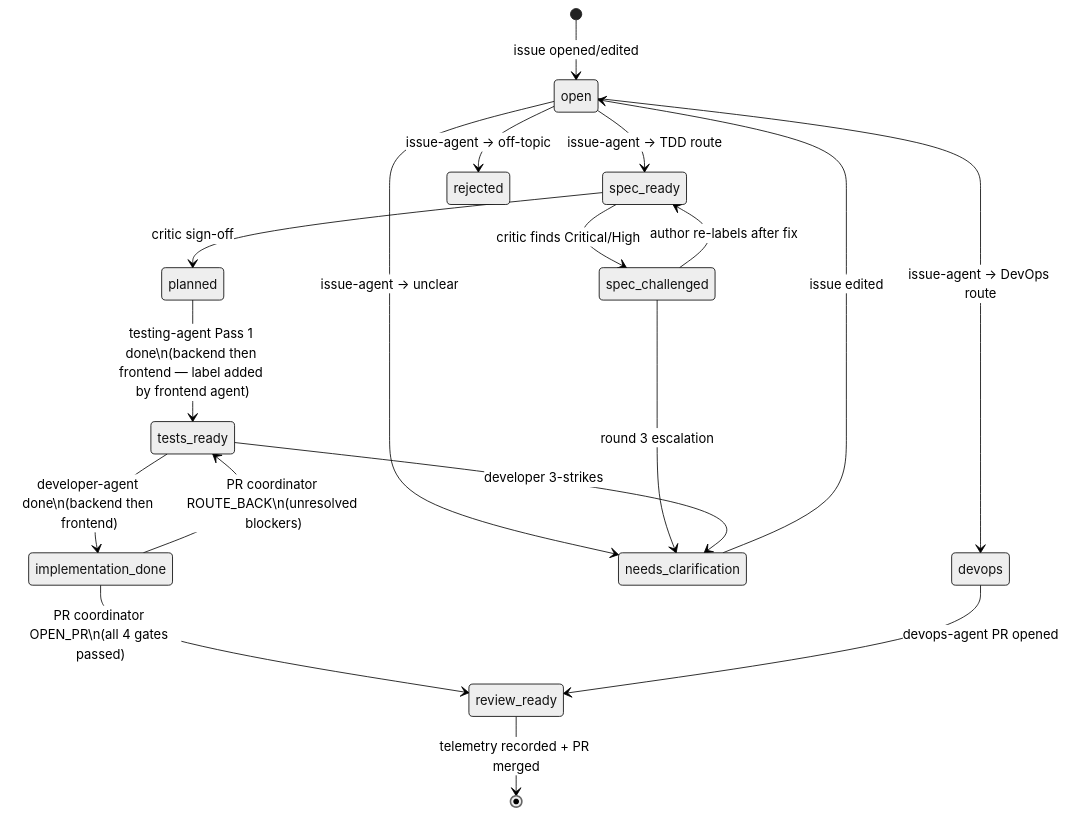
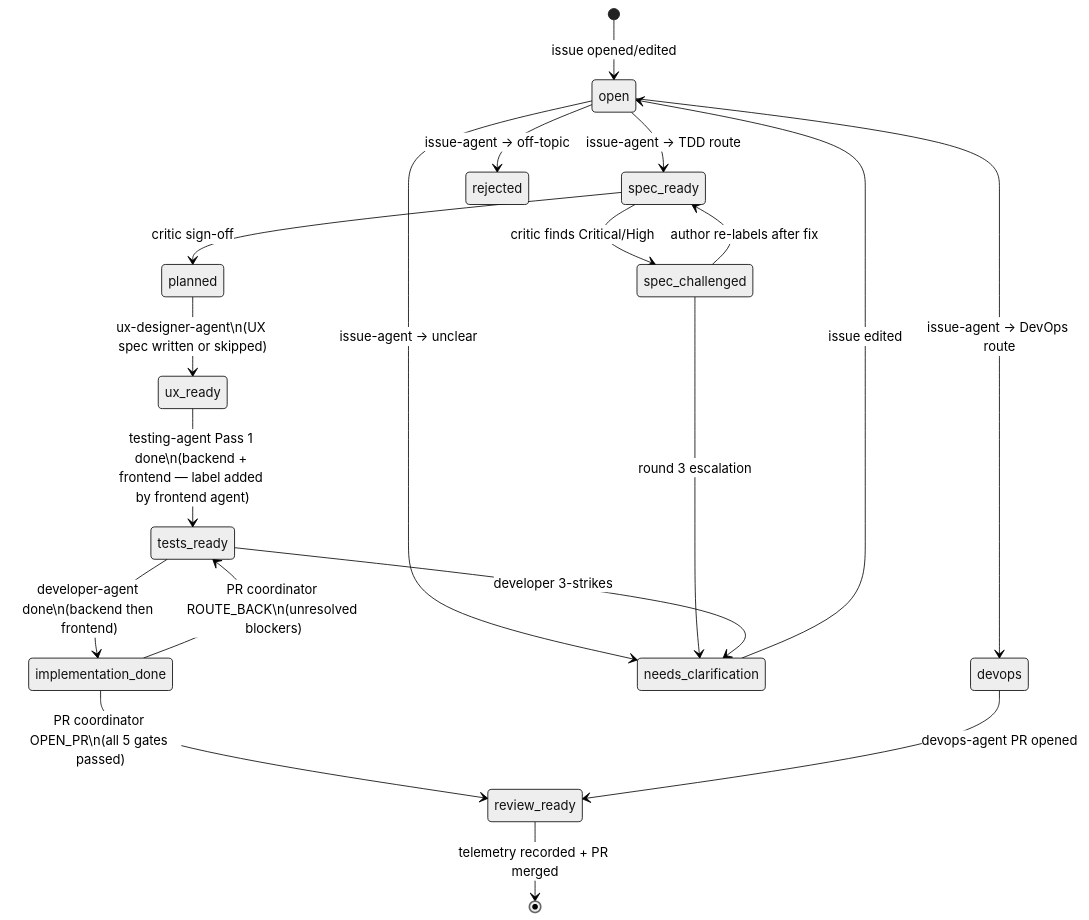
The second of 2 diagrams in docs/pipeline/sdlc-pipeline.md (aleksei-kachanov/dark-factory-prototype), drawn with Mermaid (neutral theme) before and after one commit. The commit also changed other lines of this file and 9 other files, not shown here.

````diff
--- a/docs/pipeline/sdlc-pipeline.md
+++ b/docs/pipeline/sdlc-pipeline.md
@@ -256,29 +283,31 @@
 ```mermaid
 stateDiagram-v2
     [*] --> open : issue opened/edited
 
     open --> spec_ready          : issue-agent → TDD route
     open --> devops              : issue-agent → DevOps route
     open --> needs_clarification : issue-agent → unclear
     open --> rejected            : issue-agent → off-topic
 
     needs_clarification --> open : issue edited
 
     spec_ready --> spec_challenged   : critic finds Critical/High
     spec_ready --> planned           : critic sign-off
 
     spec_challenged --> spec_ready          : author re-labels after fix
     spec_challenged --> needs_clarification : round 3 escalation
 
-    planned --> tests_ready : testing-agent Pass 1 done\n(backend then frontend — label added by frontend agent)
+    planned --> ux_ready : ux-designer-agent\n(UX spec written or skipped)
+
+    ux_ready --> tests_ready : testing-agent Pass 1 done\n(backend + frontend — label added by frontend agent)
 
     tests_ready --> implementation_done  : developer-agent done\n(backend then frontend)
     tests_ready --> needs_clarification  : developer 3-strikes
 
-    implementation_done --> review_ready  : PR coordinator OPEN_PR\n(all 4 gates passed)
+    implementation_done --> review_ready  : PR coordinator OPEN_PR\n(all 5 gates passed)
     implementation_done --> tests_ready   : PR coordinator ROUTE_BACK\n(unresolved blockers)
 
     devops --> review_ready : devops-agent PR opened
 
     review_ready --> [*] : telemetry recorded + PR merged
 ```
````
